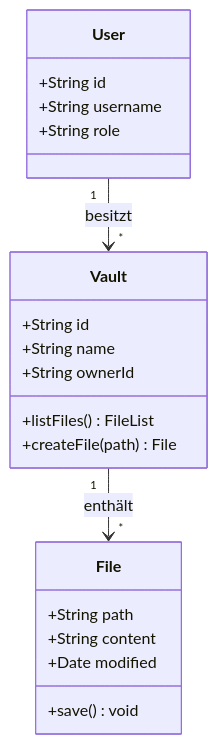
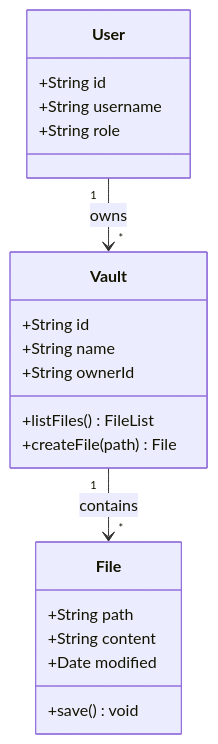
The fifth of 10 diagrams in backend/assets/templates/welcome-vault/Features/Mermaid Diagramme.md (andreas13xxx/Slatebase), drawn with Mermaid before and after one commit. The commit also changed other lines of this file and 6 other files, not shown here.

Commit message:
feat: mermaid renderer improvements and advanced diagram documentation

````diff
--- a/backend/assets/templates/welcome-vault/Features/Mermaid Diagramme.md
+++ b/backend/assets/templates/welcome-vault/Features/Mermaid Diagramme.md
@@ -129,23 +129,23 @@
 ```mermaid
 classDiagram
     class Vault {
         +String id
         +String name
         +String ownerId
         +listFiles() FileList
         +createFile(path) File
     }
     class File {
         +String path
         +String content
         +Date modified
         +save() void
     }
     class User {
         +String id
         +String username
         +String role
     }
-    User "1" --> "*" Vault : besitzt
-    Vault "1" --> "*" File : enthält
+    User "1" --> "*" Vault : owns
+    Vault "1" --> "*" File : contains
 ```
````
